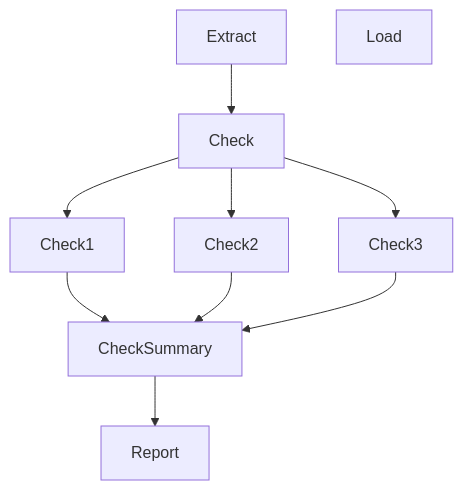
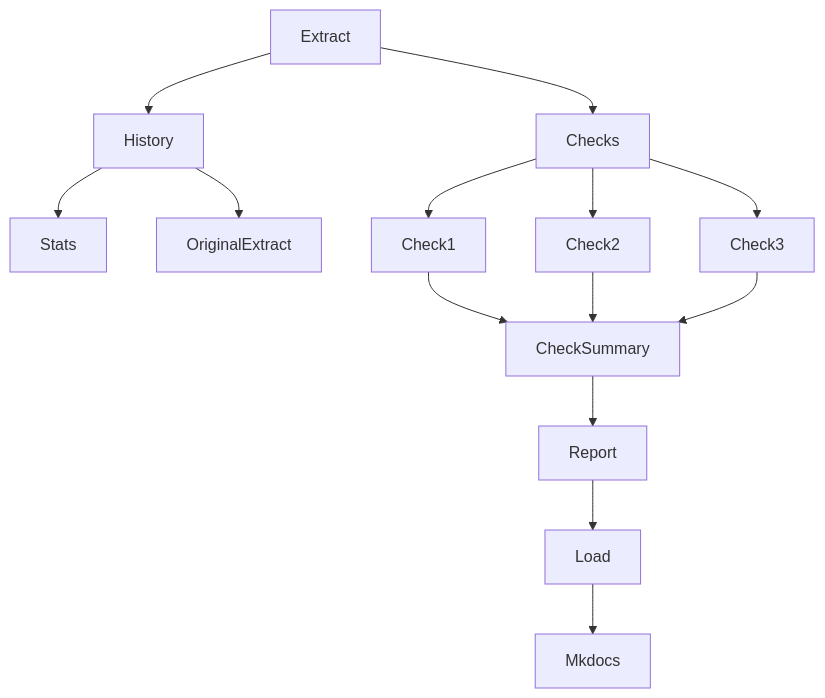
Before and after one commit to tsolenthaler/python-contentdesk-report: the diagram in Readme.md, drawn with Mermaid. The commit also changed 2 other files, not shown here.

Commit message:
Bump version to 0.0.32 and add history tracking features in Load class with markdown report generation

````diff
--- a/Readme.md
+++ b/Readme.md
@@ -28,12 +28,16 @@
 ```mermaid
 flowchart TD
-    Extract --> Check
-    Check --> Check1
-    Check --> Check2
-    Check --> Check3
+    Extract --> Checks
+    Extract --> History
+    History --> Stats
+    History --> OriginalExtract
+    Checks --> Check1
+    Checks --> Check2
+    Checks --> Check3
     Check1 --> CheckSummary
     Check2 --> CheckSummary
     Check3 --> CheckSummary
     CheckSummary --> Report
-    Load
+    Report --> Load
+    Load --> Mkdocs
 ```
````
